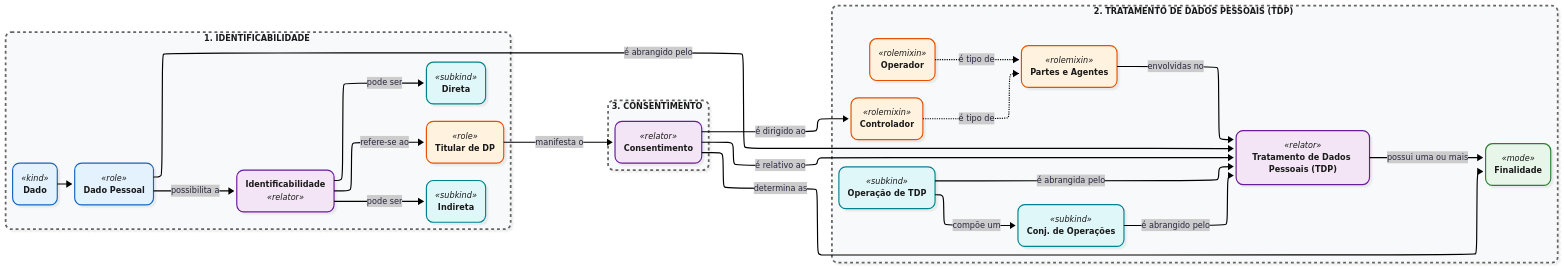
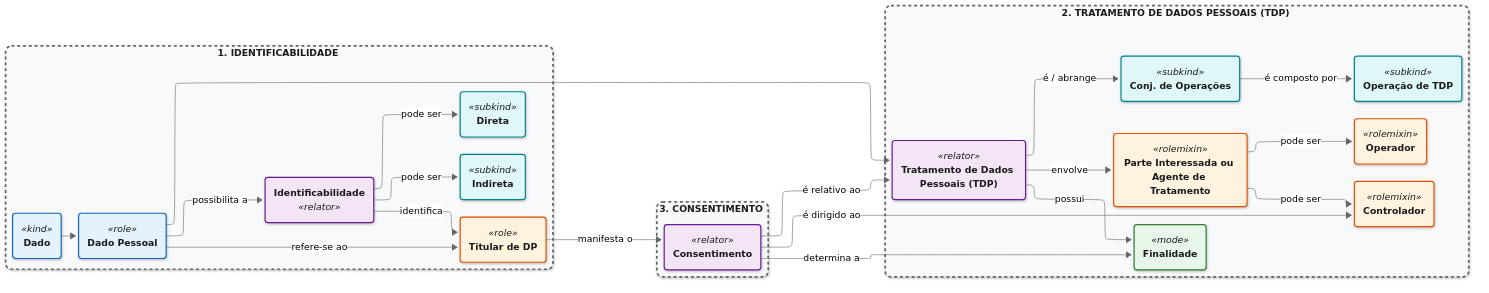
The second of 3 diagrams in ONTOPRIVACY/README.md (TNK443/Dissertacao), drawn with Mermaid before and after one commit. The commit also changed other lines of this file, not shown here.

````diff
--- a/ONTOPRIVACY/README.md
+++ b/ONTOPRIVACY/README.md
@@ -97,7 +103,7 @@
 ```mermaid
 ---
 config:
-    theme: redux-color
+    theme: neutral
     look: neo
     layout: elk
 ---
@@ -135,38 +141,33 @@
         T("<i>«role»</i>\n<b>Titular de DP</b>"):::ator
         
         %% Conexões Internas do G1
-        D -->DP
+        D --> DP
+        DP -->|refere-se ao| T
         DP -->|possibilita a| I
+        I -->|identifica| T
         I -->|pode ser| IDIR
         I -->|pode ser| IIND
-        I -->|refere-se ao| T
     end
 
     %% --------------------------------------------------------
     %% AGRUPAMENTO 2: TRATAMENTO DE DADOS PESSOAIS
     %% --------------------------------------------------------
     subgraph G2 ["<b>2. TRATAMENTO DE DADOS PESSOAIS (TDP)</b>&nbsp;"]
-        TDP("<i>«relator»</i>\n<b>Tratamento de Dados Pessoais (TDP)</b>"):::relator
-        
+        TDP("<i>«relator»</i>\n<b>Tratamento de Dados Pessoais (TDP)</b>"):::relator        
         O("<i>«subkind»</i>\n<b>Operação de TDP</b>"):::subkind
         CO("<i>«subkind»</i>\n<b>Conj. de Operações</b>"):::subkind
-        
-        P("<i>«rolemixin»</i>\n<b>Partes e Agentes</b>"):::ator
+        P("<i>«rolemixin»</i>\n<b>Parte Interessada ou \nAgente de Tratamento</b>"):::ator
         CTRL("<i>«rolemixin»</i>\n<b>Controlador</b>"):::ator
         OPR("<i>«rolemixin»</i>\n<b>Operador</b>"):::ator
-        
         F("<i>«mode»</i>\n<b>Finalidade</b>"):::mode
         
         %% Conexões Internas do G2
-        O -->|compõe um| CO
-        O -->|é abrangida pelo| TDP
-        CO -->|é abrangido pelo| TDP
-        
-        CTRL -.->|é tipo de| P
-        OPR -.->|é tipo de| P
-        P -->|envolvidas no| TDP
-        
-        TDP -->|possui uma ou mais| F
+        TDP -->|é / abrange| CO --> |é composto por| O
+        TDP -->|possui| F
+        TDP --> |envolve| P
+        P -----> |pode  ser| OPR & CTRL
+        P ~~~ CTRL
+
     end
 
     %% --------------------------------------------------------
@@ -174,20 +175,19 @@
     %% --------------------------------------------------------
     subgraph G3 ["<b>3. CONSENTIMENTO</b>&nbsp;"]
         C("<i>«relator»</i>\n<b>Consentimento</b>"):::relator
+        T -->|manifesta o| C
     end
 
     %% --------------------------------------------------------
     %% CONEXÕES ENTRE OS AGRUPAMENTOS (CROSS-LINKS)
-    %% --------------------------------------------------------
-    
+    %% --------------------------------------------------------    
     %% Ligação Dado Pessoal -> TDP
-    DP -->|é abrangido pelo| TDP
-    
+    DP --> TDP
+
     %% Ligações do Consentimento
-    T -->|manifesta o| C
     C -->|é dirigido ao| CTRL
     C -->|é relativo ao| TDP
-    C -->|determina as| F
+    C -->|determina a| F ~~~ C
 
     %% --------------------------------------------------------
     %% ESTILIZAÇÃO DAS CAIXAS (CLEAN DESIGN)
````
